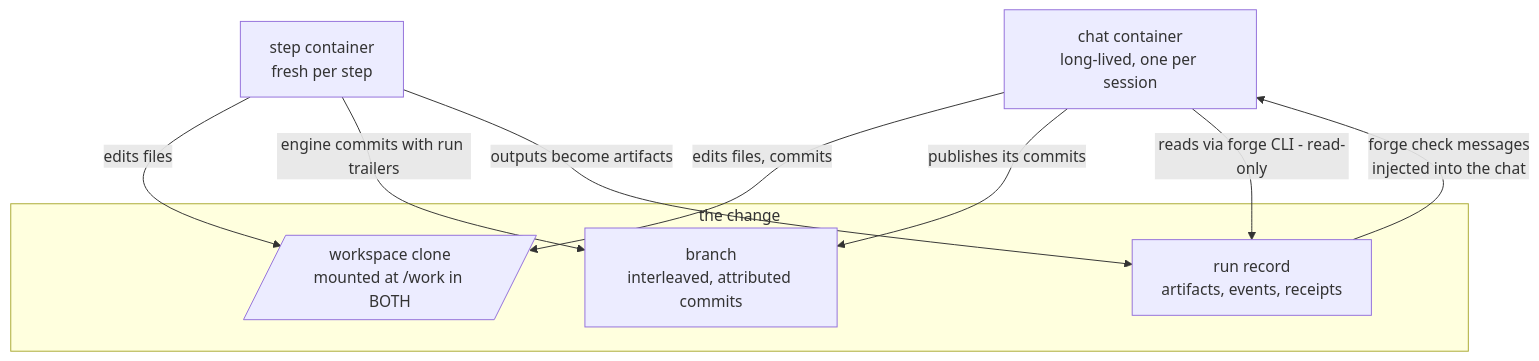
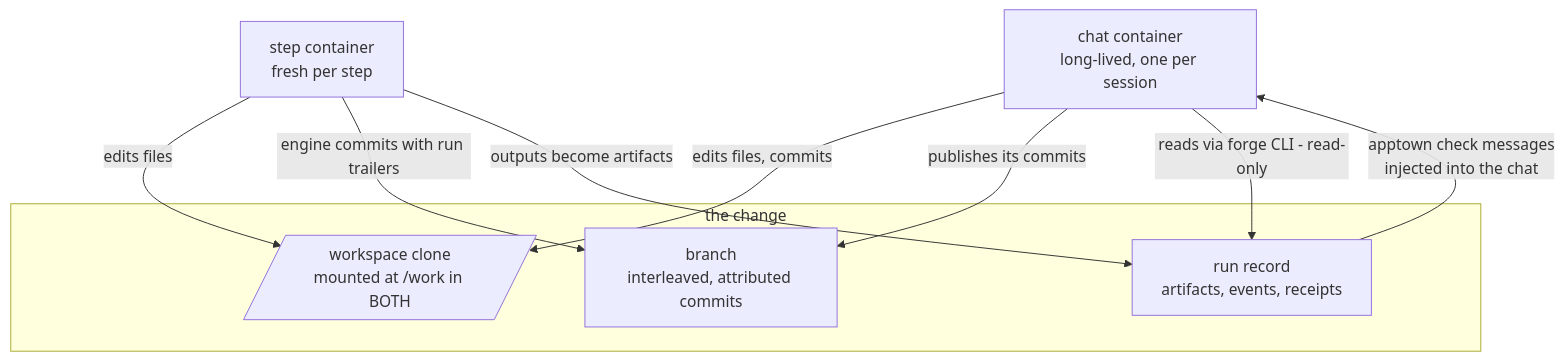
One commit to flokkit/apptown changed the fifth of 14 diagrams in stock/docs/guides/architecture.md. Above: the diagram before and after it, drawn with Mermaid. The commit also changed other lines of this file and 483 other files, not shown here.

````diff
--- a/stock/docs/guides/architecture.md
+++ b/stock/docs/guides/architecture.md
@@ -246,17 +246,17 @@
 ```mermaid
 flowchart TD
     CC[chat container<br/>long-lived, one per session]
     SC[step container<br/>fresh per step]
     subgraph change["the change"]
         WS[/workspace clone<br/>mounted at /work in BOTH/]
         BR[branch<br/>interleaved, attributed commits]
         REC[run record<br/>artifacts, events, receipts]
     end
     CC -->|edits files, commits| WS
     SC -->|edits files| WS
     CC -->|publishes its commits| BR
     SC -->|engine commits with run trailers| BR
     SC -->|outputs become artifacts| REC
     CC -->|reads via forge CLI - read-only| REC
-    REC -->|forge check messages<br/>injected into the chat| CC
+    REC -->|apptown check messages<br/>injected into the chat| CC
 ```
````
